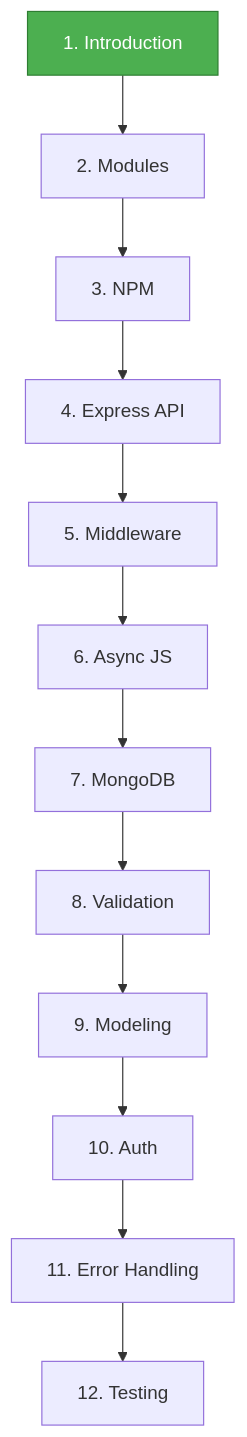
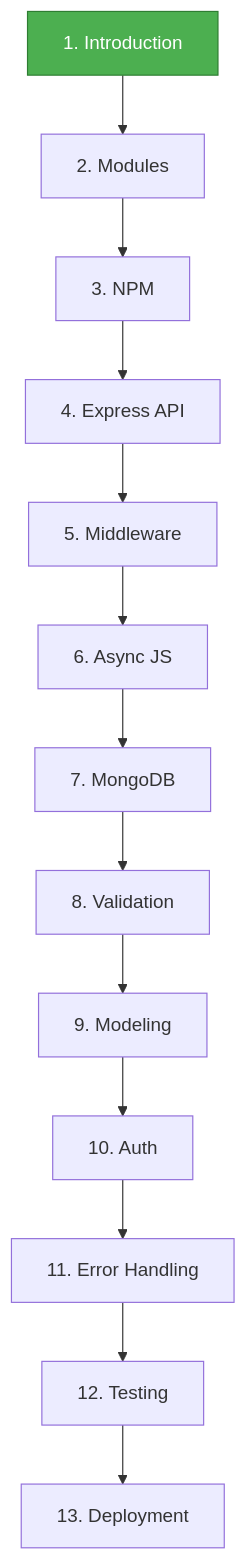
Before and after one commit to VIVES-Zuid/node: the diagram in README.md, drawn with Mermaid. The commit also changed other lines of this file and 11 other files, not shown here.

````diff
--- a/README.md
+++ b/README.md
@@ -312,15 +339,16 @@
 ```mermaid
 graph TD
     A[1. Introduction] --> B[2. Modules]
     B --> C[3. NPM]
     C --> D[4. Express API]
     D --> E[5. Middleware]
     E --> F[6. Async JS]
     F --> G[7. MongoDB]
     G --> H[8. Validation]
     H --> I[9. Modeling]
     I --> J[10. Auth]
     J --> K[11. Error Handling]
     K --> L[12. Testing]
+    L --> M[13. Deployment]
     style A fill:#4caf50,stroke:#2e7d32,color:#fff
 ```
````
